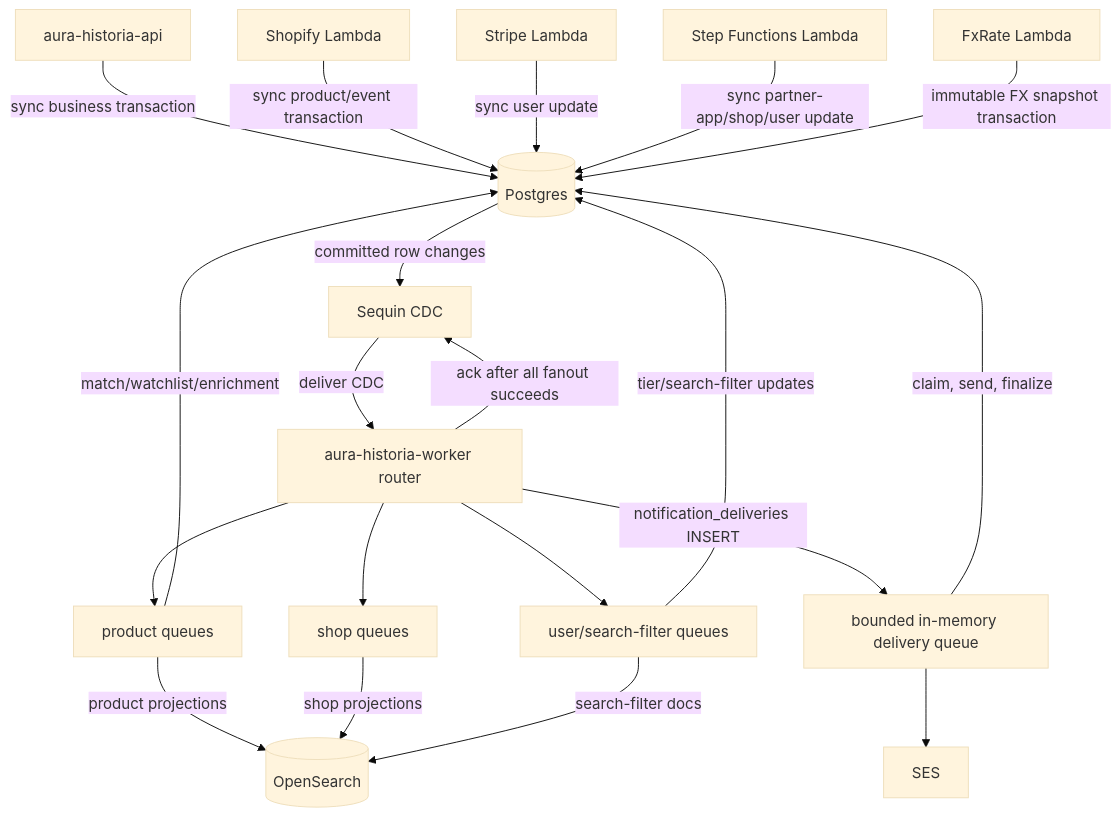
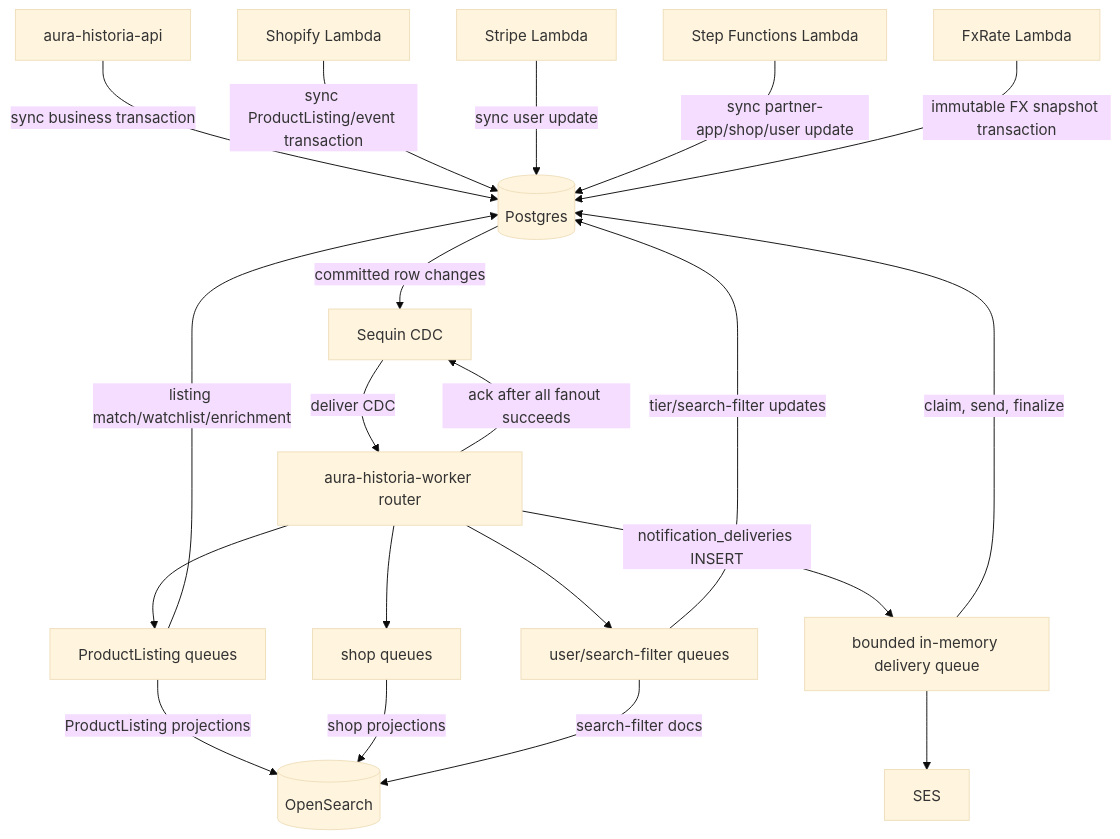
One commit to aura-historia/backend changed the first of 2 diagrams in docs/events/flow.md. Above: the diagram before and after it, drawn with Mermaid (base theme). The commit also changed other lines of this file and 521 other files, not shown here.

Commit message:
task(#1363): rename product to product-listing and refine ubiquitous language (#1637)

````diff
--- a/docs/events/flow.md
+++ b/docs/events/flow.md
@@ -28,41 +28,41 @@
 ```mermaid
 flowchart TD
     API["aura-historia-api"]
     SHOPIFY["Shopify Lambda"]
     STRIPE["Stripe Lambda"]
     SFN["Step Functions Lambda"]
     PG[(Postgres)]
     SEQ["Sequin CDC"]
     ROUTER["aura-historia-worker router"]
-    PQ["product queues"]
+    PQ["ProductListing queues"]
     SQ["shop queues"]
     UFQ["user/search-filter queues"]
     OS[(OpenSearch)]
     SES["SES"]
     FX["FxRate Lambda"]
 
     API -->|"sync business transaction"| PG
-    SHOPIFY -->|"sync product/event transaction"| PG
+    SHOPIFY -->|"sync ProductListing/event transaction"| PG
     STRIPE -->|"sync user update"| PG
     SFN -->|"sync partner-app/shop/user update"| PG
 
     PG -->|"committed row changes"| SEQ
     SEQ -->|"deliver CDC"| ROUTER
     ROUTER -->|"ack after all fanout succeeds"| SEQ
 
     ROUTER --> PQ
     ROUTER --> SQ
     ROUTER --> UFQ
 
-    PQ -->|"product projections"| OS
-    PQ -->|"match/watchlist/enrichment"| PG
+    PQ -->|"ProductListing projections"| OS
+    PQ -->|"listing match/watchlist/enrichment"| PG
     ROUTER -->|"notification_deliveries INSERT"| NQ[bounded in-memory delivery queue]
     NQ -->|"claim, send, finalize"| PG
     NQ --> SES
     SQ -->|"shop projections"| OS
     UFQ -->|"search-filter docs"| OS
     UFQ -->|"tier/search-filter updates"| PG
 
 
     FX -->|"immutable FX snapshot transaction"| PG
 ```
````
